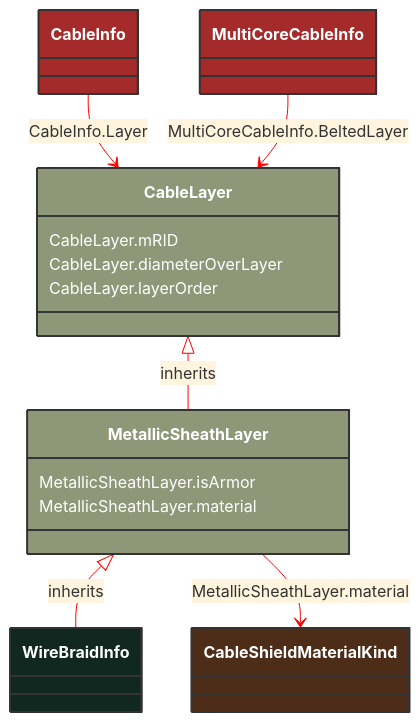
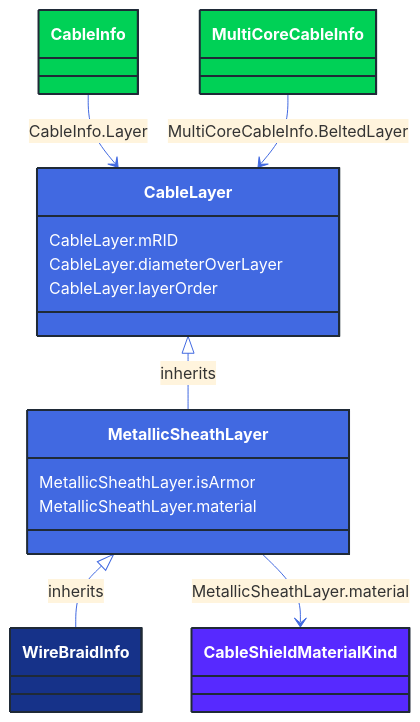
The diagram in docs/Models/Profiles/SubseaCableInfo/ConcreteClasses/WireBraidInfo.md (3lbits/NoCIMExtensions), drawn with Mermaid before and after one commit. The commit also changed 362 other files, not shown here.

First line of the commit message:
Update diagrams and styles for improved visual consistency

````diff
--- a/docs/Models/Profiles/SubseaCableInfo/ConcreteClasses/WireBraidInfo.md
+++ b/docs/Models/Profiles/SubseaCableInfo/ConcreteClasses/WireBraidInfo.md
@@ -8,40 +8,40 @@
 ```mermaid
-%%{init: {'theme':'base','themeVariables': {'lineColor': '#FF0000'}}}%%
+%%{init: {'theme':'base','themeVariables': {'lineColor': '#4169E1'}}}%%
 classDiagram
     class WireBraidInfo
     click WireBraidInfo href "/Models/Profiles/SubseaCableInfo/ConcreteClasses/WireBraidInfo/"
-    style WireBraidInfo fill:#102820,stroke:#333,stroke-width:2px,rx:10,ry:10,color:white
+    style WireBraidInfo fill:#163289,stroke:#1F2A37,stroke-width:2px,rx:10,ry:10,color:white
      
         MetallicSheathLayer <|-- WireBraidInfo : inherits
             click MetallicSheathLayer href "/Models/Profiles/SubseaCableInfo/ConcreteClasses/MetallicSheathLayer/"
-            style MetallicSheathLayer fill:#8F9779,stroke:#333,stroke-width:2px,rx:10,ry:10,color:white
+            style MetallicSheathLayer fill:#4169E1,stroke:#1F2A37,stroke-width:2px,rx:10,ry:10,color:white
      
         CableLayer <|-- MetallicSheathLayer : inherits
             click CableLayer href "/Models/Profiles/SubseaCableInfo/AbstractClasses/CableLayer/"
-            style CableLayer fill:#8F9779,stroke:#333,stroke-width:2px,rx:10,ry:10,color:white
+            style CableLayer fill:#4169E1,stroke:#1F2A37,stroke-width:2px,rx:10,ry:10,color:white
 
 
         CableInfo --> CableLayer : CableInfo.Layer
 
         CableInfo
             click CableInfo href "/Models/Profiles/SubseaCableInfo/ConcreteClasses/CableInfo/"
-            style CableInfo fill:#A52A2A,stroke:#333,stroke-width:2px,rx:10,ry:10,color:white
+            style CableInfo fill:#00D156,stroke:#1F2A37,stroke-width:2px,rx:10,ry:10,color:white
 
         MultiCoreCableInfo --> CableLayer : MultiCoreCableInfo.BeltedLayer
 
         MultiCoreCableInfo
             click MultiCoreCableInfo href "/Models/Profiles/SubseaCableInfo/ConcreteClasses/MultiCoreCableInfo/"
-            style MultiCoreCableInfo fill:#A52A2A,stroke:#333,stroke-width:2px,rx:10,ry:10,color:white
+            style MultiCoreCableInfo fill:#00D156,stroke:#1F2A37,stroke-width:2px,rx:10,ry:10,color:white
 
         MetallicSheathLayer --> CableShieldMaterialKind : MetallicSheathLayer.material
 
         CableShieldMaterialKind
             click CableShieldMaterialKind href "/Models/Profiles/SubseaCableInfo/Enumerations/CableShieldMaterialKind/"
-            style CableShieldMaterialKind fill:#4D2D18,stroke:#333,stroke-width:2px,rx:10,ry:10,color:white
+            style CableShieldMaterialKind fill:#5729FF,stroke:#1F2A37,stroke-width:2px,rx:10,ry:10,color:white
 
         MetallicSheathLayer : MetallicSheathLayer.isArmor
         MetallicSheathLayer : MetallicSheathLayer.material
         CableLayer : CableLayer.mRID
         CableLayer : CableLayer.diameterOverLayer
         CableLayer : CableLayer.layerOrder
 ```
````
